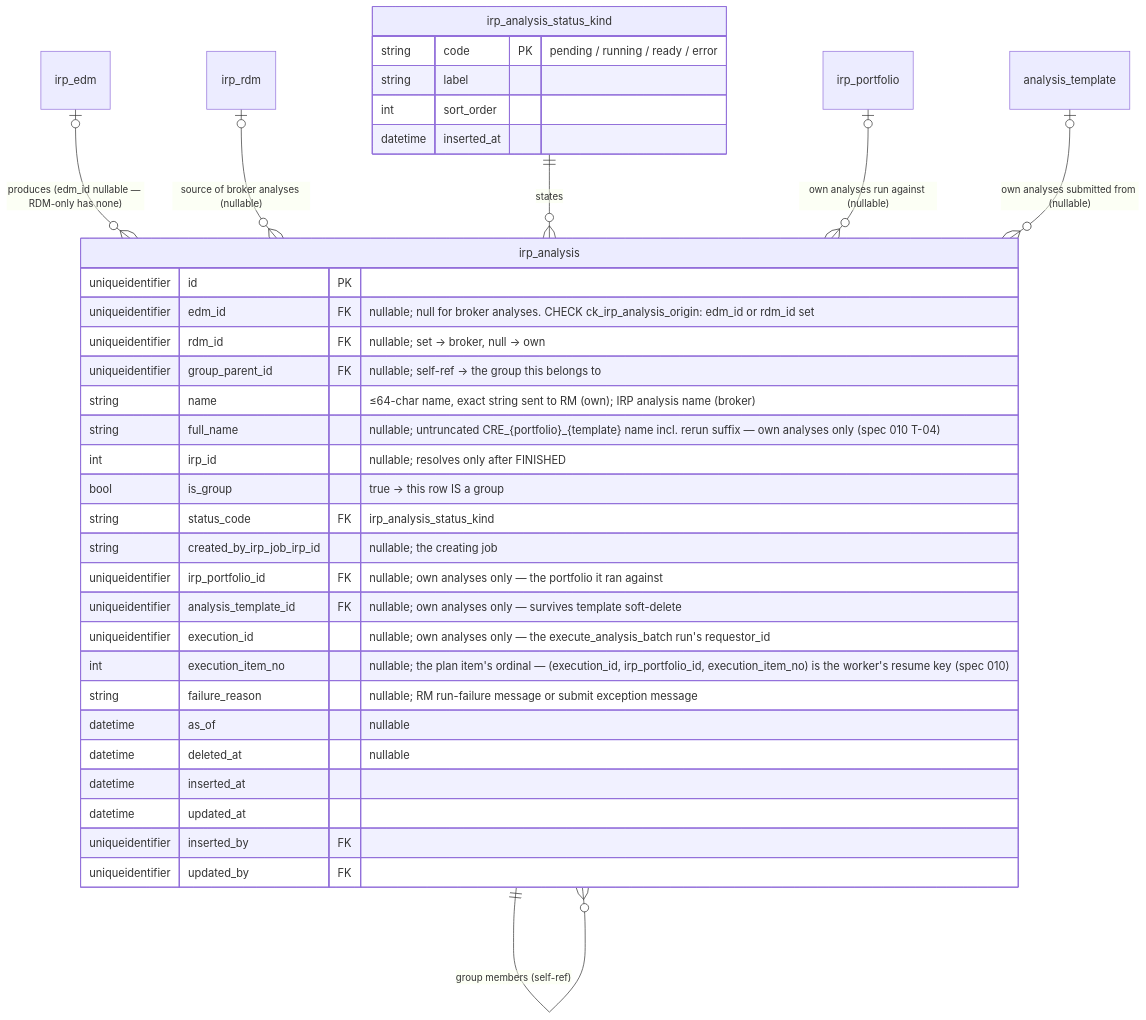
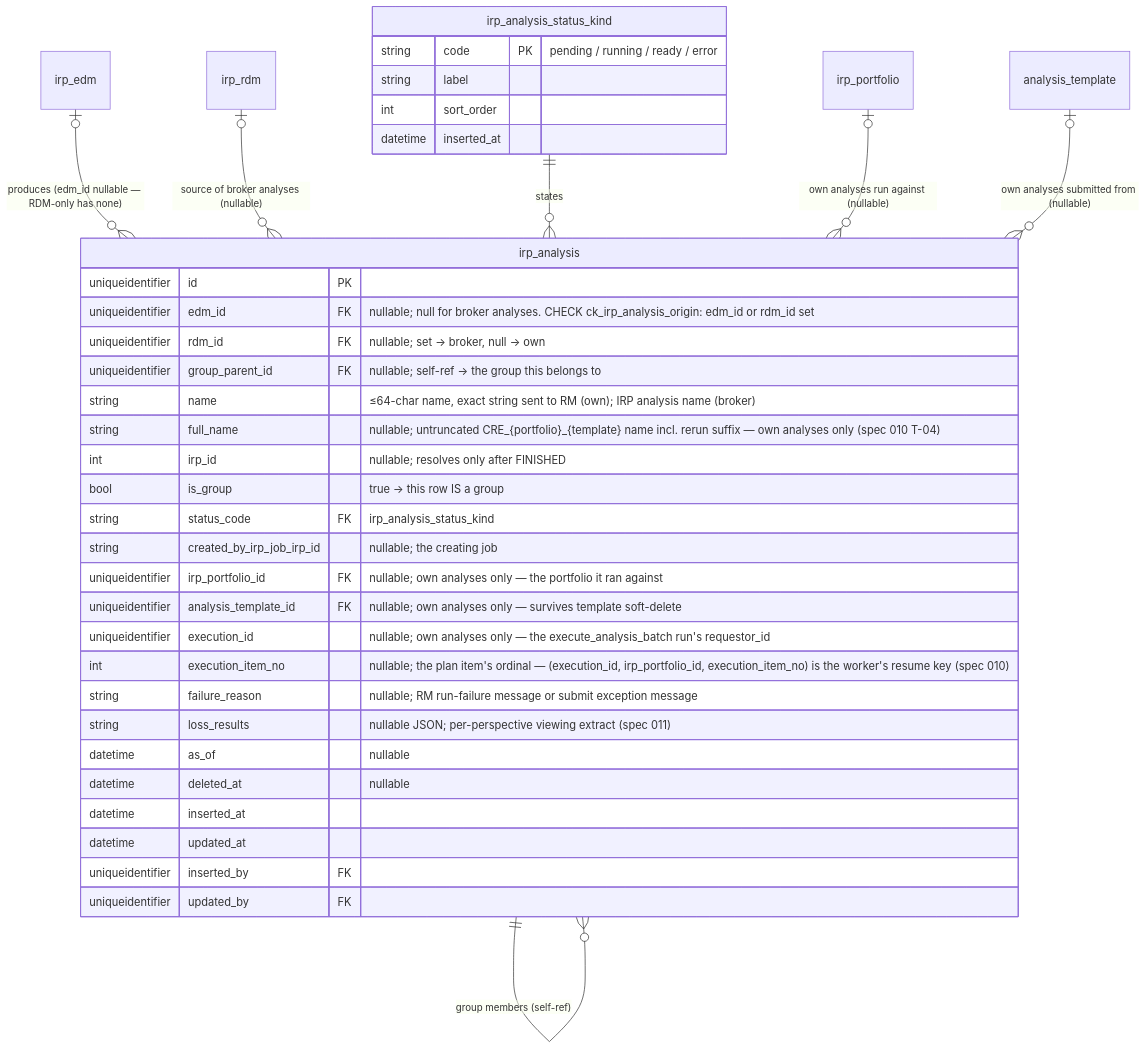
The fourth of 9 diagrams in docs/DATA_MODEL.md (anilvenugopal/risk-workbench), drawn with Mermaid before and after one commit. The commit also changed other lines of this file and 16 other files, not shown here.

Commit message:
Analysis results -- PRD + docs updates; spec and plan

````diff
--- a/docs/DATA_MODEL.md
+++ b/docs/DATA_MODEL.md
@@ -293,40 +293,41 @@
 ```mermaid
 erDiagram
   irp_edm |o--o{ irp_analysis : "produces (edm_id nullable — RDM-only has none)"
   irp_rdm |o--o{ irp_analysis : "source of broker analyses (nullable)"
   irp_analysis ||--o{ irp_analysis : "group members (self-ref)"
   irp_analysis_status_kind ||--o{ irp_analysis : states
 
   irp_portfolio |o--o{ irp_analysis : "own analyses run against (nullable)"
   analysis_template |o--o{ irp_analysis : "own analyses submitted from (nullable)"
 
   irp_analysis {
     uniqueidentifier id PK
     uniqueidentifier edm_id FK "nullable; null for broker analyses. CHECK ck_irp_analysis_origin: edm_id or rdm_id set"
     uniqueidentifier rdm_id FK "nullable; set → broker, null → own"
     uniqueidentifier group_parent_id FK "nullable; self-ref → the group this belongs to"
     string name "≤64-char name, exact string sent to RM (own); IRP analysis name (broker)"
     string full_name "nullable; untruncated CRE_{portfolio}_{template} name incl. rerun suffix — own analyses only (spec 010 T-04)"
     int irp_id "nullable; resolves only after FINISHED"
     bool is_group "true → this row IS a group"
     string status_code FK "irp_analysis_status_kind"
     string created_by_irp_job_irp_id "nullable; the creating job"
     uniqueidentifier irp_portfolio_id FK "nullable; own analyses only — the portfolio it ran against"
     uniqueidentifier analysis_template_id FK "nullable; own analyses only — survives template soft-delete"
     uniqueidentifier execution_id "nullable; own analyses only — the execute_analysis_batch run's requestor_id"
     int execution_item_no "nullable; the plan item's ordinal — (execution_id, irp_portfolio_id, execution_item_no) is the worker's resume key (spec 010)"
     string failure_reason "nullable; RM run-failure message or submit exception message"
+    string loss_results "nullable JSON; per-perspective viewing extract (spec 011)"
     datetime as_of "nullable"
     datetime deleted_at "nullable"
     datetime inserted_at
     datetime updated_at
     uniqueidentifier inserted_by FK
     uniqueidentifier updated_by FK
   }
   irp_analysis_status_kind {
     string code PK "pending / running / ready / error"
     string label
     int sort_order
     datetime inserted_at
   }
 ```
````
